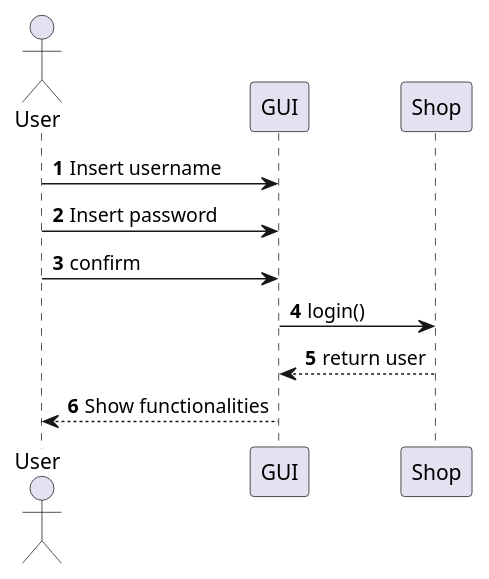
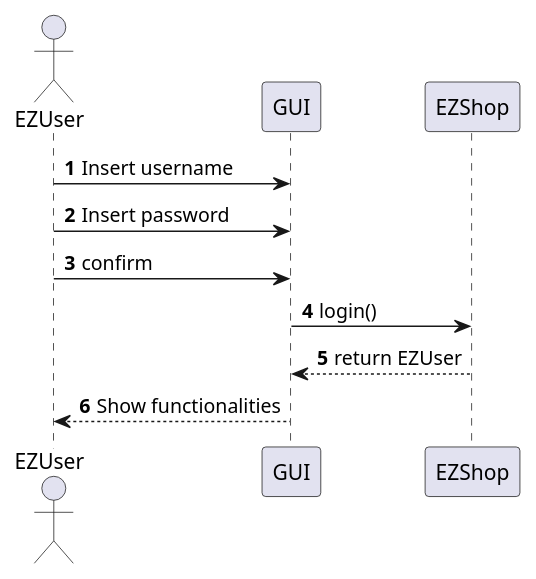
Before and after one commit to Stormz4/group20-EzShop: diagram 15 of 24 in Deliverables/DesignDocument.md, drawn with PlantUML. The commit also changed other lines of this file and 3 other files, not shown here.

````diff
--- a/Deliverables/DesignDocument.md
+++ b/Deliverables/DesignDocument.md
@@ -599,12 +596,12 @@
 ```plantuml
 @startuml
-Actor User
+Actor EZUser
 autonumber
-User -> GUI : Insert username
-User -> GUI : Insert password
-User -> GUI : confirm
-GUI -> Shop: login()
-Shop --> GUI : return user
-GUI --> User: Show functionalities
+EZUser -> GUI : Insert username
+EZUser -> GUI : Insert password
+EZUser -> GUI : confirm
+GUI -> EZShop: login()
+EZShop --> GUI : return EZUser
+GUI --> EZUser: Show functionalities
 @enduml
 ```
````
